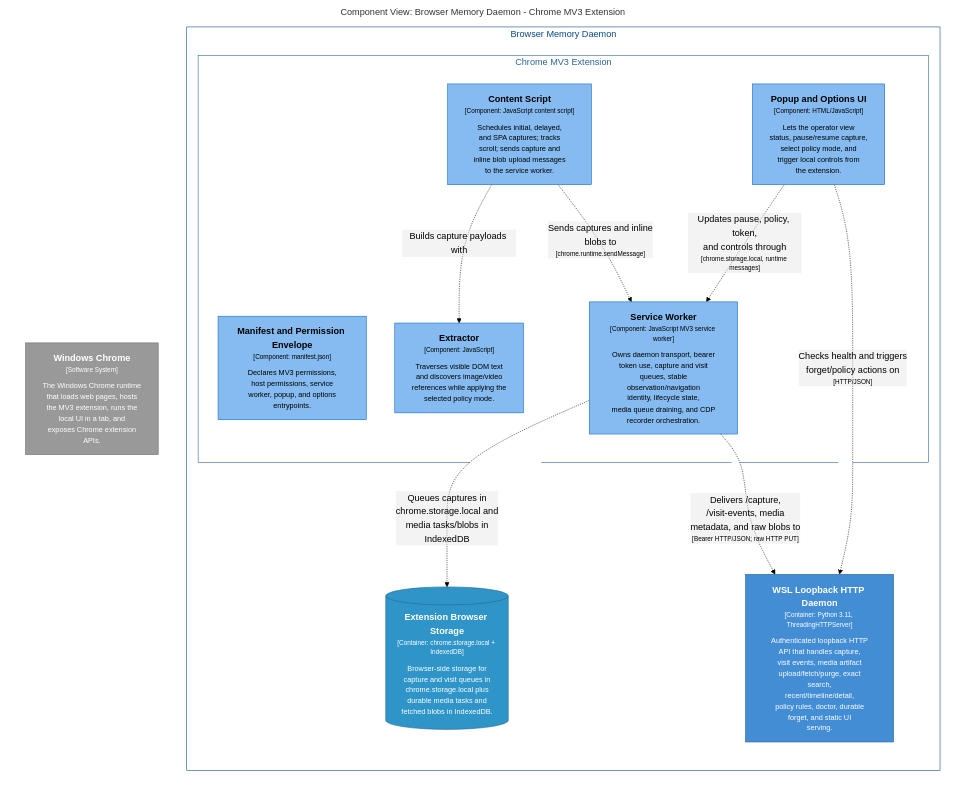
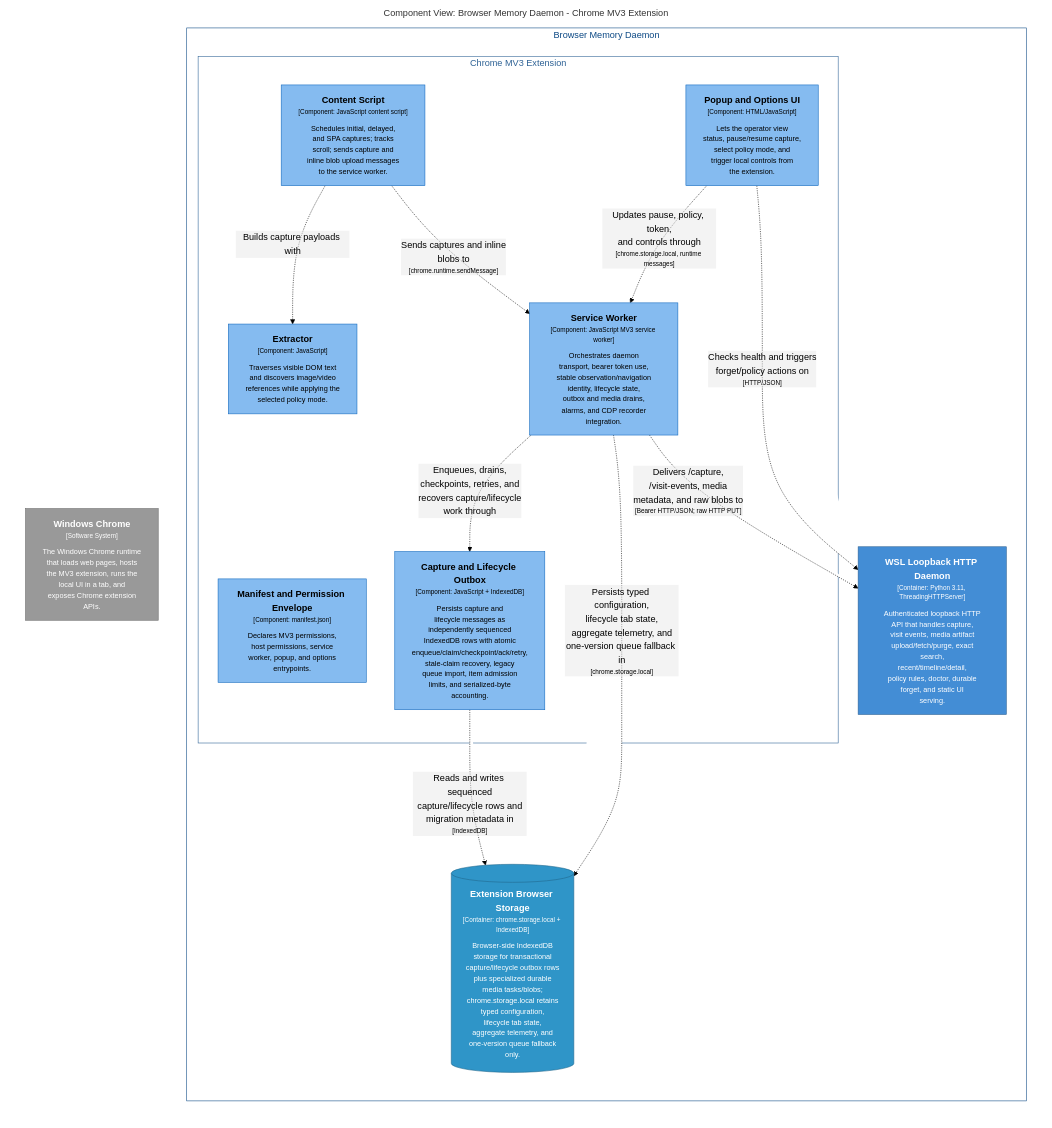
The diagram in docs/architecture/diagrams/markdown/ExtensionCaptureComponents.md (michaelnicks0/browser-memory-daemon), drawn with Mermaid (forest theme) before and after one commit. The commit also changed 194 other files, not shown here.

Commit message:
feat(extension): add transactional capture and lifecycle outbox

````diff
--- a/docs/architecture/diagrams/markdown/ExtensionCaptureComponents.md
+++ b/docs/architecture/diagrams/markdown/ExtensionCaptureComponents.md
@@ -16,43 +16,47 @@
 ```mermaid
 graph LR
   linkStyle default fill:#ffffff
 
   subgraph diagram ["Component View: Browser Memory Daemon - Chrome MV3 Extension"]
     style diagram fill:#ffffff,stroke:#ffffff
 
     2["<div style='font-weight: bold'>Windows Chrome</div><div style='font-size: 70%; margin-top: 0px'>[Software System]</div><div style='font-size: 80%; margin-top:10px'>The Windows Chrome runtime<br />that loads web pages, hosts<br />the MV3 extension, runs the<br />local UI in a tab, and<br />exposes Chrome extension<br />APIs.</div>"]
     style 2 fill:#999999,stroke:#6b6b6b,color:#ffffff
 
     subgraph 4 ["Browser Memory Daemon"]
       style 4 fill:#ffffff,stroke:#0b4884,color:#0b4884
 
       subgraph 5 ["Chrome MV3 Extension"]
         style 5 fill:#ffffff,stroke:#2e6295,color:#2e6295
 
-        12["<div style='font-weight: bold'>Popup and Options UI</div><div style='font-size: 70%; margin-top: 0px'>[Component: HTML/JavaScript]</div><div style='font-size: 80%; margin-top:10px'>Lets the operator view<br />status, pause/resume capture,<br />select policy mode, and<br />trigger local controls from<br />the extension.</div>"]
-        style 12 fill:#85bbf0,stroke:#1168bd,color:#000000
+        10["<div style='font-weight: bold'>Capture and Lifecycle Outbox</div><div style='font-size: 70%; margin-top: 0px'>[Component: JavaScript + IndexedDB]</div><div style='font-size: 80%; margin-top:10px'>Persists capture and<br />lifecycle messages as<br />independently sequenced<br />IndexedDB rows with atomic<br />enqueue/claim/checkpoint/ack/retry,<br />stale-claim recovery, legacy<br />queue import, item admission<br />limits, and serialized-byte<br />accounting.</div>"]
+        style 10 fill:#85bbf0,stroke:#1168bd,color:#000000
+        13["<div style='font-weight: bold'>Popup and Options UI</div><div style='font-size: 70%; margin-top: 0px'>[Component: HTML/JavaScript]</div><div style='font-size: 80%; margin-top:10px'>Lets the operator view<br />status, pause/resume capture,<br />select policy mode, and<br />trigger local controls from<br />the extension.</div>"]
+        style 13 fill:#85bbf0,stroke:#1168bd,color:#000000
         6["<div style='font-weight: bold'>Manifest and Permission Envelope</div><div style='font-size: 70%; margin-top: 0px'>[Component: manifest.json]</div><div style='font-size: 80%; margin-top:10px'>Declares MV3 permissions,<br />host permissions, service<br />worker, popup, and options<br />entrypoints.</div>"]
         style 6 fill:#85bbf0,stroke:#1168bd,color:#000000
         7["<div style='font-weight: bold'>Extractor</div><div style='font-size: 70%; margin-top: 0px'>[Component: JavaScript]</div><div style='font-size: 80%; margin-top:10px'>Traverses visible DOM text<br />and discovers image/video<br />references while applying the<br />selected policy mode.</div>"]
         style 7 fill:#85bbf0,stroke:#1168bd,color:#000000
         8["<div style='font-weight: bold'>Content Script</div><div style='font-size: 70%; margin-top: 0px'>[Component: JavaScript content script]</div><div style='font-size: 80%; margin-top:10px'>Schedules initial, delayed,<br />and SPA captures; tracks<br />scroll; sends capture and<br />inline blob upload messages<br />to the service worker.</div>"]
         style 8 fill:#85bbf0,stroke:#1168bd,color:#000000
-        9["<div style='font-weight: bold'>Service Worker</div><div style='font-size: 70%; margin-top: 0px'>[Component: JavaScript MV3 service worker]</div><div style='font-size: 80%; margin-top:10px'>Owns daemon transport, bearer<br />token use, capture and visit<br />queues, stable<br />observation/navigation<br />identity, lifecycle state,<br />media queue draining, and CDP<br />recorder orchestration.</div>"]
+        9["<div style='font-weight: bold'>Service Worker</div><div style='font-size: 70%; margin-top: 0px'>[Component: JavaScript MV3 service worker]</div><div style='font-size: 80%; margin-top:10px'>Orchestrates daemon<br />transport, bearer token use,<br />stable observation/navigation<br />identity, lifecycle state,<br />outbox and media drains,<br />alarms, and CDP recorder<br />integration.</div>"]
         style 9 fill:#85bbf0,stroke:#1168bd,color:#000000
       end
 
-      13[("<div style='font-weight: bold'>Extension Browser Storage</div><div style='font-size: 70%; margin-top: 0px'>[Container: chrome.storage.local + IndexedDB]</div><div style='font-size: 80%; margin-top:10px'>Browser-side storage for<br />capture and visit queues in<br />chrome.storage.local plus<br />durable media tasks and<br />fetched blobs in IndexedDB.</div>")]
-      style 13 fill:#2f95c8,stroke:#20688c,color:#ffffff
-      14["<div style='font-weight: bold'>WSL Loopback HTTP Daemon</div><div style='font-size: 70%; margin-top: 0px'>[Container: Python 3.11, ThreadingHTTPServer]</div><div style='font-size: 80%; margin-top:10px'>Authenticated loopback HTTP<br />API that handles capture,<br />visit events, media artifact<br />upload/fetch/purge, exact<br />search,<br />recent/timeline/detail,<br />policy rules, doctor, durable<br />forget, and static UI<br />serving.</div>"]
-      style 14 fill:#438dd5,stroke:#2e6295,color:#ffffff
+      14[("<div style='font-weight: bold'>Extension Browser Storage</div><div style='font-size: 70%; margin-top: 0px'>[Container: chrome.storage.local + IndexedDB]</div><div style='font-size: 80%; margin-top:10px'>Browser-side IndexedDB<br />storage for transactional<br />capture/lifecycle outbox rows<br />plus specialized durable<br />media tasks/blobs;<br />chrome.storage.local retains<br />typed configuration,<br />lifecycle tab state,<br />aggregate telemetry, and<br />one-version queue fallback<br />only.</div>")]
+      style 14 fill:#2f95c8,stroke:#20688c,color:#ffffff
+      15["<div style='font-weight: bold'>WSL Loopback HTTP Daemon</div><div style='font-size: 70%; margin-top: 0px'>[Container: Python 3.11, ThreadingHTTPServer]</div><div style='font-size: 80%; margin-top:10px'>Authenticated loopback HTTP<br />API that handles capture,<br />visit events, media artifact<br />upload/fetch/purge, exact<br />search,<br />recent/timeline/detail,<br />policy rules, doctor, durable<br />forget, and static UI<br />serving.</div>"]
+      style 15 fill:#438dd5,stroke:#2e6295,color:#ffffff
     end
 
     8-. "<div>Builds capture payloads with</div><div style='font-size: 70%'></div>" .->7
     8-. "<div>Sends captures and inline<br />blobs to</div><div style='font-size: 70%'>[chrome.runtime.sendMessage]</div>" .->9
-    9-. "<div>Queues captures in<br />chrome.storage.local and<br />media tasks/blobs in<br />IndexedDB</div><div style='font-size: 70%'></div>" .->13
-    9-. "<div>Delivers /capture,<br />/visit-events, media<br />metadata, and raw blobs to</div><div style='font-size: 70%'>[Bearer HTTP/JSON; raw HTTP PUT]</div>" .->14
-    12-. "<div>Updates pause, policy, token,<br />and controls through</div><div style='font-size: 70%'>[chrome.storage.local, runtime messages]</div>" .->9
-    12-. "<div>Checks health and triggers<br />forget/policy actions on</div><div style='font-size: 70%'>[HTTP/JSON]</div>" .->14
+    9-. "<div>Enqueues, drains,<br />checkpoints, retries, and<br />recovers capture/lifecycle<br />work through</div><div style='font-size: 70%'></div>" .->10
+    10-. "<div>Reads and writes sequenced<br />capture/lifecycle rows and<br />migration metadata in</div><div style='font-size: 70%'>[IndexedDB]</div>" .->14
+    9-. "<div>Persists typed configuration,<br />lifecycle tab state,<br />aggregate telemetry, and<br />one-version queue fallback in</div><div style='font-size: 70%'>[chrome.storage.local]</div>" .->14
+    9-. "<div>Delivers /capture,<br />/visit-events, media<br />metadata, and raw blobs to</div><div style='font-size: 70%'>[Bearer HTTP/JSON; raw HTTP PUT]</div>" .->15
+    13-. "<div>Updates pause, policy, token,<br />and controls through</div><div style='font-size: 70%'>[chrome.storage.local, runtime messages]</div>" .->9
+    13-. "<div>Checks health and triggers<br />forget/policy actions on</div><div style='font-size: 70%'>[HTTP/JSON]</div>" .->15
 
   end
 ```
````
